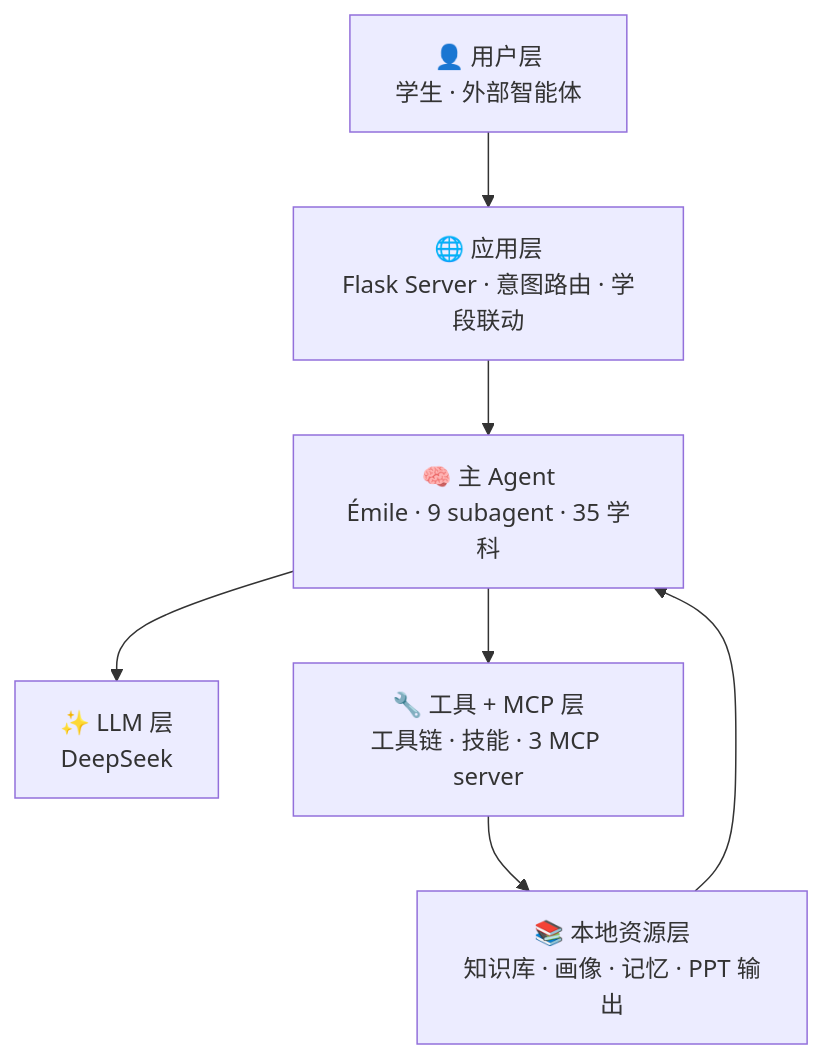
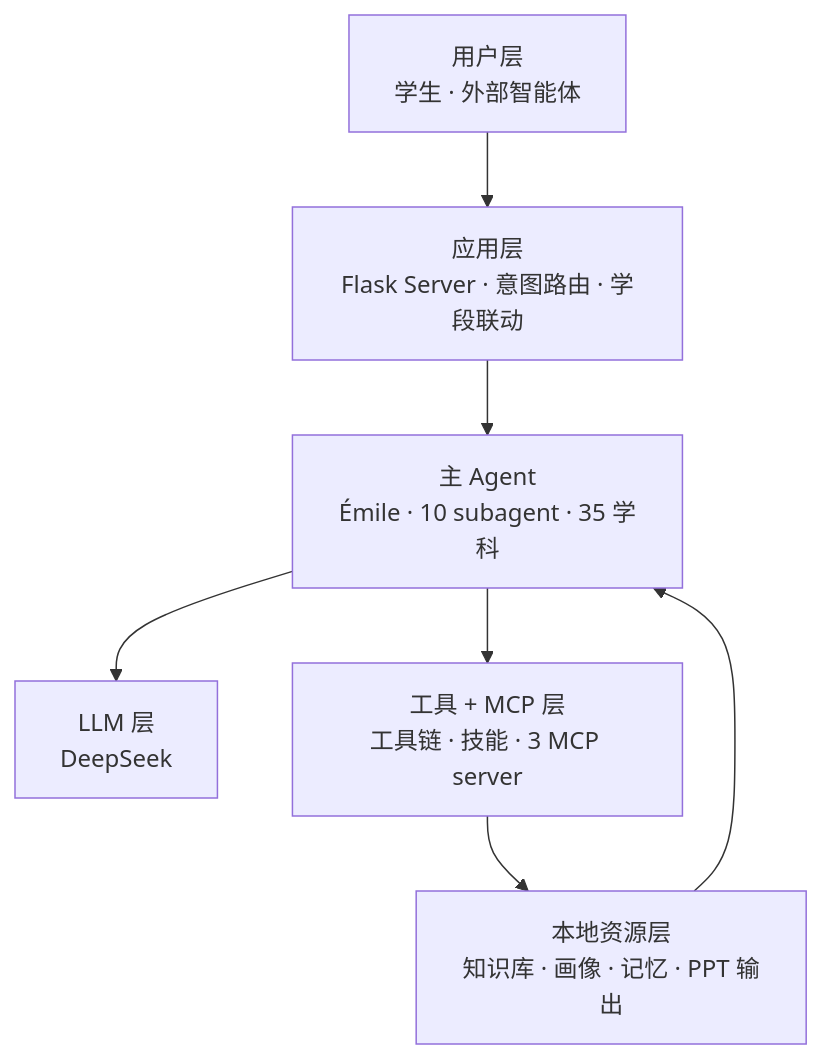
One commit to Golden2002/PAEG changed the diagram in README.md. Above: the diagram before and after it, drawn with Mermaid. The commit also changed other lines of this file, not shown here.

Commit message:
docs: README 14章改造(参考ai-job-search)——真实用户故事3段 + 薇依语录 + 徽章 + 快速开始分步 + 备课模式升格独立章 + 最近新增能力表 + PPT配图/四类质量评估

````diff
--- a/README.md
+++ b/README.md
@@ -82,16 +85,15 @@
 ```mermaid
 flowchart TB
-    L1["👤 用户层<br/>学生 · 外部智能体"]
-    L2["🌐 应用层<br/>Flask Server · 意图路由 · 学段联动"]
-    L3["🧠 主 Agent<br/>Émile · 9 subagent · 35 学科"]
-    L4["✨ LLM 层<br/>DeepSeek"]
-    L5["🔧 工具 + MCP 层<br/>工具链 · 技能 · 3 MCP server"]
-    L6["📚 本地资源层<br/>知识库 · 画像 · 记忆 · PPT 输出"]
-
+    L1["用户层<br/>学生 · 外部智能体"]
+    L2["应用层<br/>Flask Server · 意图路由 · 学段联动"]
+    L3["主 Agent<br/>Émile · 10 subagent · 35 学科"]
+    L4["LLM 层<br/>DeepSeek"]
+    L5["工具 + MCP 层<br/>工具链 · 技能 · 3 MCP server"]
+    L6["本地资源层<br/>知识库 · 画像 · 记忆 · PPT 输出"]
     L1 --> L2
     L2 --> L3
     L3 --> L4
     L3 --> L5
     L5 --> L6
     L6 --> L3
 ```
````
